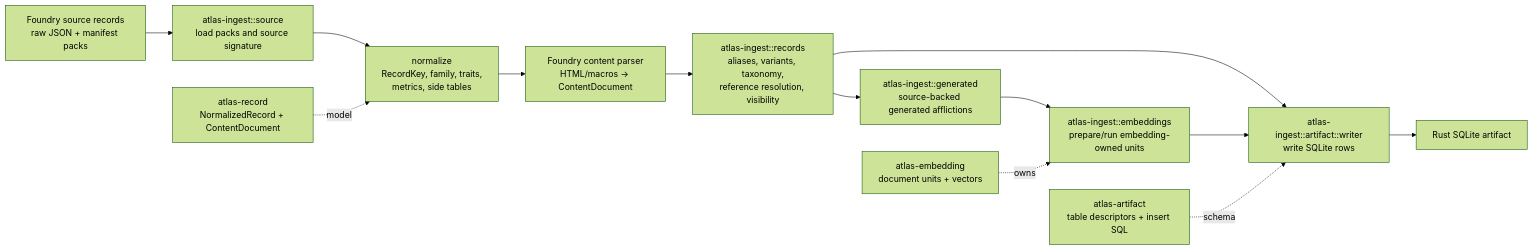
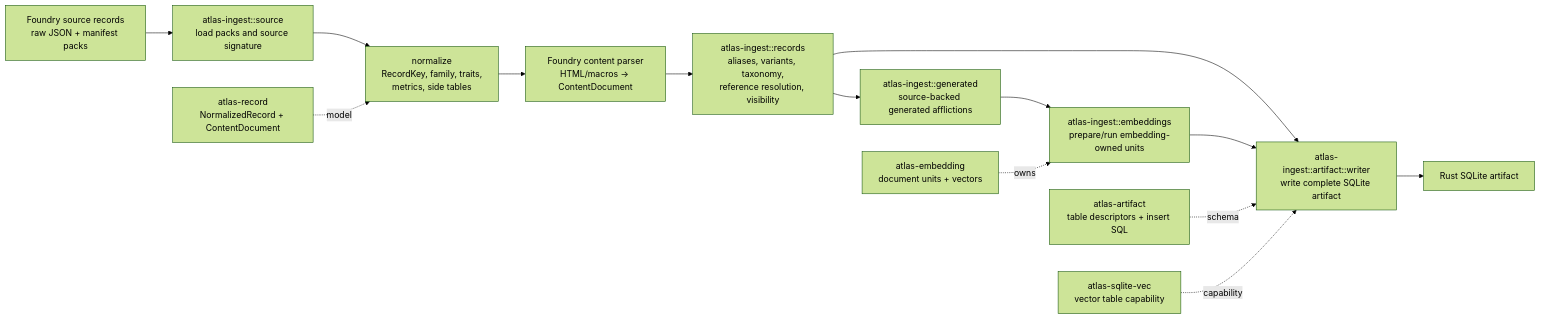
The second of 4 diagrams in docs/architecture/runtime.md (e-kosten/pf2e-atlas), drawn with Mermaid (forest theme) before and after one commit. The commit also changed other lines of this file and 23 other files, not shown here.

````diff
--- a/docs/architecture/runtime.md
+++ b/docs/architecture/runtime.md
@@ -59,16 +59,17 @@
 ```mermaid
 flowchart LR
     raw["Foundry source records<br/>raw JSON + manifest packs"] --> load["atlas-ingest::source<br/>load packs and source signature"]
     load --> normalize["normalize<br/>RecordKey, family, traits,<br/>metrics, side tables"]
     normalize --> content["Foundry content parser<br/>HTML/macros -> ContentDocument"]
     content --> enrich["atlas-ingest::records<br/>aliases, variants, taxonomy,<br/>reference resolution, visibility"]
     enrich --> generated["atlas-ingest::generated<br/>source-backed generated afflictions"]
     generated --> embedPrep["atlas-ingest::embeddings<br/>prepare/run embedding-owned units"]
-    enrich --> writer["atlas-ingest::artifact::writer<br/>write SQLite rows"]
+    enrich --> writer["atlas-ingest::artifact::writer<br/>write complete SQLite artifact"]
     embedPrep --> writer
     writer --> sqlite["Rust SQLite artifact"]
 
     record["atlas-record<br/>NormalizedRecord + ContentDocument"] -. model .-> normalize
     artifact["atlas-artifact<br/>table descriptors + insert SQL"] -. schema .-> writer
     embedding["atlas-embedding<br/>document units + vectors"] -. owns .-> embedPrep
+    sqliteVec["atlas-sqlite-vec<br/>vector table capability"] -. capability .-> writer
 ```
````
